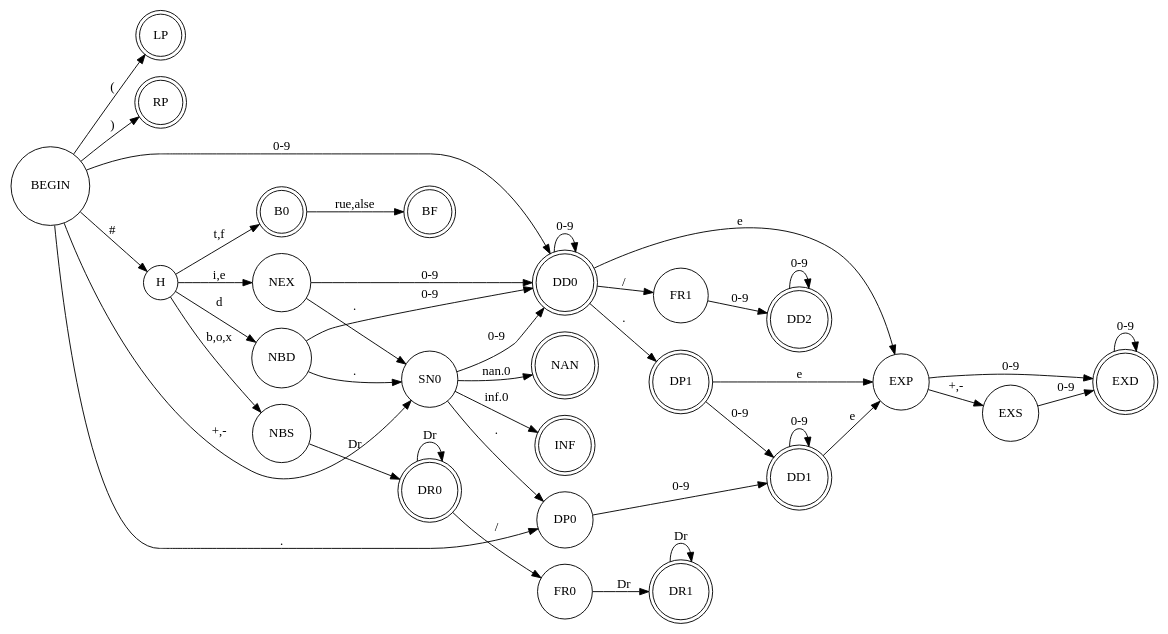
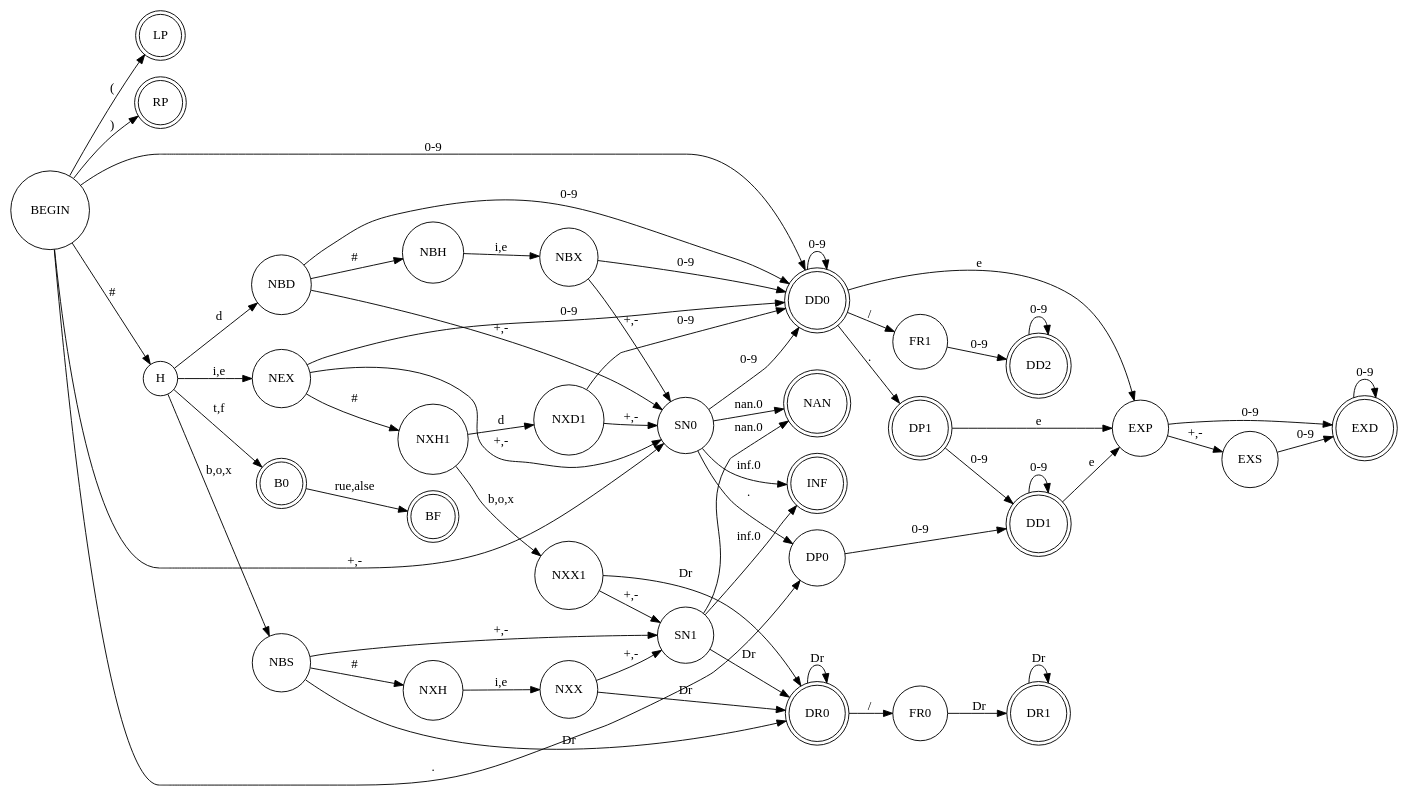
The diagram in doc/lexer.dot (erynofwales/sibil), drawn with Graphviz before and after one commit.

Commit message:
[lexer] Add fractionals and prefix fixes
- Add states to handle fractionals. Easy.
- Add states to properly handle the prefixes. You can have #i#x and #x#i. It
  should now reflect that...

```diff
--- a/doc/lexer.dot
+++ b/doc/lexer.dot
@@ -1,74 +1,94 @@
 digraph lexer {
     rankdir=LR;
     node [shape = doublecircle] LP RP B0 BF DP1 DD0 DD1 DD2 DR0 DR1 INF NAN EXD;
     node [shape = circle];
     BEGIN -> LP  [ label = "(" ];
     BEGIN -> RP  [ label = ")" ];
     BEGIN -> H [ label = "#" ];
 
     subgraph bools {
         H -> B0 [ label = "t,f" ];
         B0 -> BF [ label = "rue,alse" ];
     }
 
 /*
     subgraph chars {
         H -> SL [ label = "\\" ];
         SL -> CH1 [ label = "*" ];
         SL -> NMCH [ label = "alarm" ];
         SL -> NMCH [ label = "backspace" ];
         SL -> NMCH [ label = "delete" ];
         SL -> NMCH [ label = "escape" ];
         SL -> NMCH [ label = "newline" ];
         SL -> NMCH [ label = "null" ];
         SL -> NMCH [ label = "return" ];
         SL -> NMCH [ label = "space" ];
         SL -> NMCH [ label = "tab" ];
         SL -> XC [ label = "x" ];
     }
 */
      
     subgraph numbers {
         BEGIN -> DD0 [ label = "0-9" ];
         BEGIN -> SN0 [ label = "+,-" ];
         BEGIN -> DP0 [ label = "." ];
         DD0 -> DD0 [ label = "0-9" ];
         DD0 -> DP1 [ label = "." ];
         DP1 -> DD1 [ label = "0-9" ];
         DP0 -> DD1 [ label = "0-9" ];
         DD1 -> DD1 [ label = "0-9" ];
         SN0 -> DD0 [ label = "0-9" ];
         SN0 -> DP0 [ label = "." ];
         SN0 -> INF [ label = "inf.0" ];
         SN0 -> NAN [ label = "nan.0" ];
 
         H -> NEX [ label = "i,e" ];
         NEX -> DD0 [ label = "0-9" ];
-        NEX -> SN0 [ label = "." ];
+        NEX -> SN0 [ label = "+,-" ];
+        NEX -> NXH1 [ label = "#" ];
+        NXH1 -> NXD1 [ label = "d" ];
+        NXD1 -> DD0 [ label = "0-9" ];
+        NXD1 -> SN0 [ label = "+,-" ];
+        NXH1 -> NXX1 [ label = "b,o,x" ];
+        NXX1 -> SN1 [ label = "+,-" ];
+        NXX1 -> DR0 [ label = "Dr" ];
 
         H -> NBD [ label = "d" ];
         NBD -> DD0 [ label = "0-9" ];
-        NBD -> SN0 [ label = "." ];
+        NBD -> SN0 [ label = "+,-" ];
+        NBD -> NBH [ label = "#" ];
+        NBH -> NBX [ label = "i,e" ];
+        NBX -> SN0 [ label = "+,-" ];
+        NBX -> DD0 [ label = "0-9" ];
 
         H -> NBS [ label = "b,o,x" ];
         NBS -> DR0 [ label = "Dr" ];
         DR0 -> DR0 [ label = "Dr" ];
+        NBS -> NXH [ label = "#" ];
+        NXH -> NXX [ label = "i,e" ];
+        NXX -> DR0 [ label = "Dr" ];
+
+        NBS -> SN1 [ label = "+,-" ];
+        NXX -> SN1 [ label = "+,-" ];
+        SN1 -> DR0 [ label = "Dr" ];
+        SN1 -> INF [ label = "inf.0" ];
+        SN1 -> NAN [ label = "nan.0" ];
 
         DD0 -> EXP [ label = "e" ];
         DP1 -> EXP [ label = "e" ];
         DD1 -> EXP [ label = "e" ];
 
         EXP -> EXS [ label = "+,-" ];
         EXS -> EXD [ label = "0-9" ];
         EXP -> EXD [ label = "0-9" ];
         EXD -> EXD [ label = "0-9" ];
 
         DR0 -> FR0 [ label = "/" ];
         FR0 -> DR1 [ label = "Dr" ];
         DR1 -> DR1 [ label = "Dr" ];
 
         DD0 -> FR1 [ label = "/" ];
         FR1 -> DD2 [ label = "0-9" ];
         DD2 -> DD2 [ label = "0-9" ];
     }
 }
```
